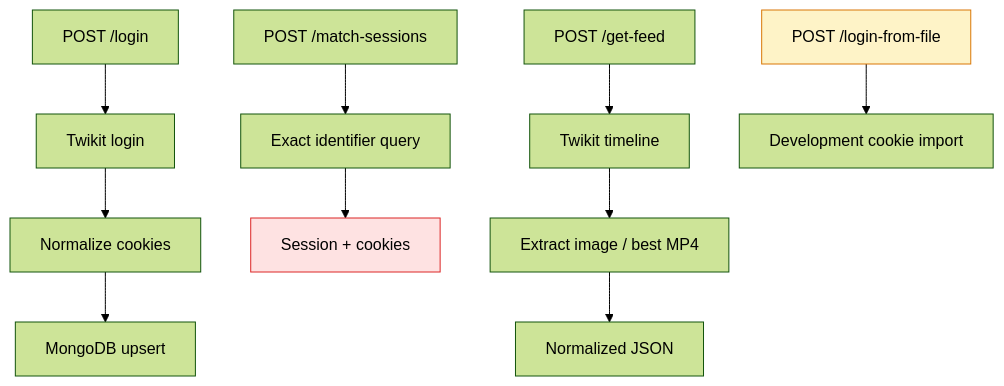
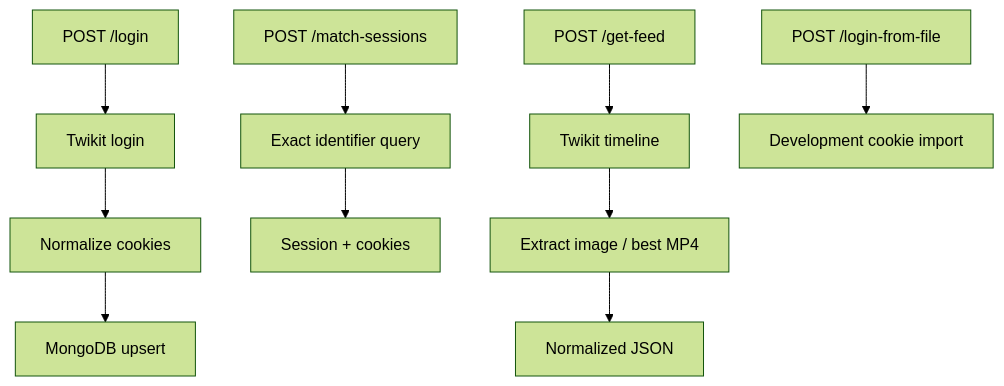
The fourth of 6 diagrams in docs/architecture.md (SidheshwarSarangal/X_feed_extension), drawn with Mermaid (forest theme) before and after one commit. The commit also changed other lines of this file and 4 other files, not shown here.

````diff
--- a/docs/architecture.md
+++ b/docs/architecture.md
@@ -107,18 +102,16 @@
 ```mermaid
 flowchart TB
     Login[POST /login] --> TwikitLogin[Twikit login]
     TwikitLogin --> Normalize[Normalize cookies]
     Normalize --> Upsert[MongoDB upsert]
 
     Match[POST /match-sessions] --> Query[Exact identifier query]
     Query --> Result[Session + cookies]
 
     Get[POST /get-feed] --> Timeline[Twikit timeline]
     Timeline --> Media[Extract image / best MP4]
     Media --> JSON[Normalized JSON]
 
     File[POST /login-from-file] --> Import[Development cookie import]
 
-    style Result fill:#fee2e2,stroke:#dc2626
-    style File fill:#fef3c7,stroke:#d97706
 ```
````
